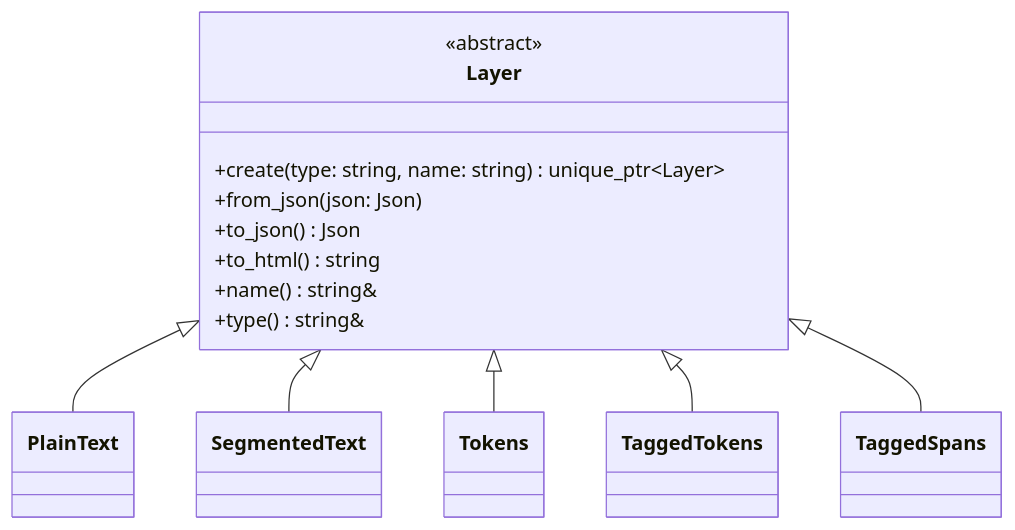
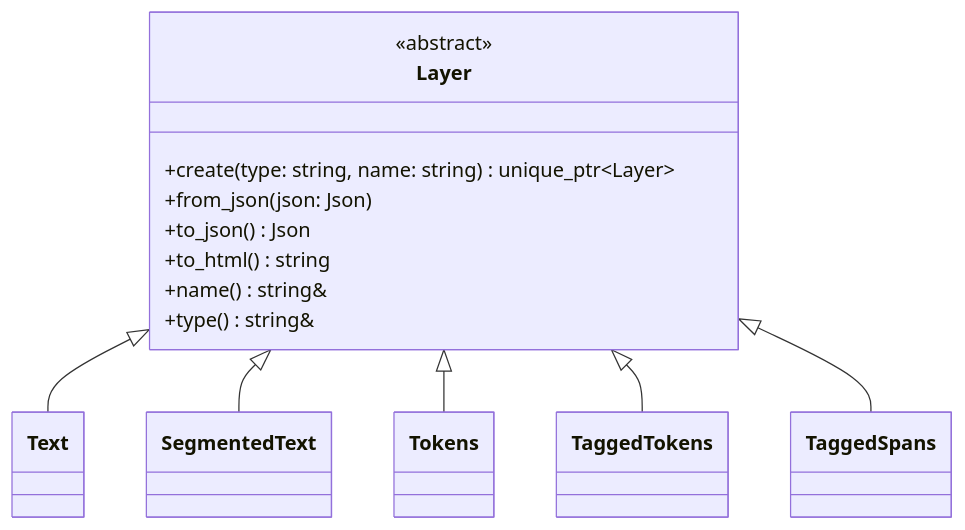
Before and after one commit to ufal/linpipe: the third of 6 diagrams in docs/src/dev/architecture.md, drawn with Mermaid. The commit also changed other lines of this file, not shown here.

````diff
--- a/docs/src/dev/architecture.md
+++ b/docs/src/dev/architecture.md
@@ -70,24 +74,24 @@
 ```mermaid
 classDiagram
     class Layer {
         <<abstract>>
         +create(type: string, name: string) unique_ptr~Layer~
         +from_json(json: Json)
         +to_json() Json
         +to_html() string
         +name() string&
         +type() string&
     }
 
-    class PlainText
+    class Text
     class SegmentedText
     class Tokens
     class TaggedTokens
     class TaggedSpans
 
-    Layer <|-- PlainText
+    Layer <|-- Text
     Layer <|-- SegmentedText
     Layer <|-- Tokens
     Layer <|-- TaggedTokens
     Layer <|-- TaggedSpans
 ```
````
